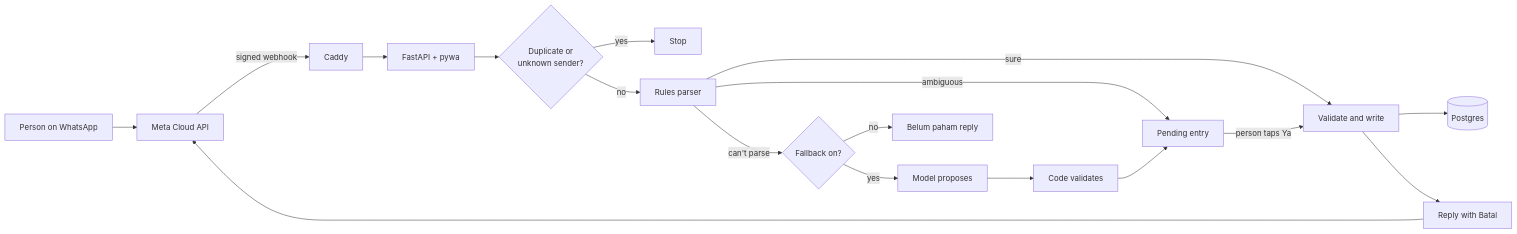
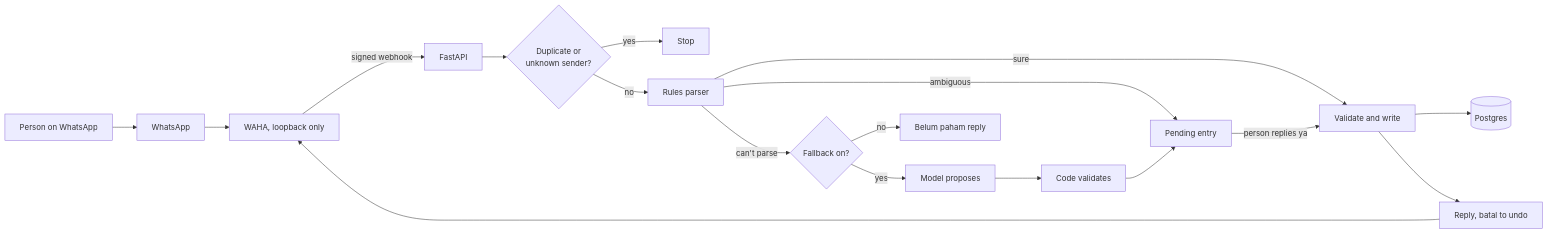
The diagram in docs/planning/phase-2-requirements-constraints.md (NabilRobert/financed-the-tracker), drawn with Mermaid before and after one commit. The commit also changed other lines of this file and 4 other files, not shown here.

````diff
--- a/docs/planning/phase-2-requirements-constraints.md
+++ b/docs/planning/phase-2-requirements-constraints.md
@@ -164,20 +163,20 @@
 ```mermaid
 flowchart LR
-    U[Person on WhatsApp] --> M[Meta Cloud API]
-    M -->|signed webhook| C[Caddy]
-    C --> A[FastAPI + pywa]
+    U[Person on WhatsApp] --> M[WhatsApp]
+    M --> C[WAHA, loopback only]
+    C -->|signed webhook| A[FastAPI]
     A --> D{Duplicate or<br/>unknown sender?}
     D -->|yes| X[Stop]
     D -->|no| R[Rules parser]
     R -->|sure| W[Validate and write]
     R -->|ambiguous| P[Pending entry]
     R -->|can't parse| F{Fallback on?}
     F -->|no| H[Belum paham reply]
     F -->|yes| L[Model proposes]
     L --> V[Code validates]
     V --> P
-    P -->|person taps Ya| W
+    P -->|person replies ya| W
     W --> DB[(Postgres)]
-    W --> Y[Reply with Batal]
-    Y --> M
+    W --> Y[Reply, batal to undo]
+    Y --> C
 ```
````
